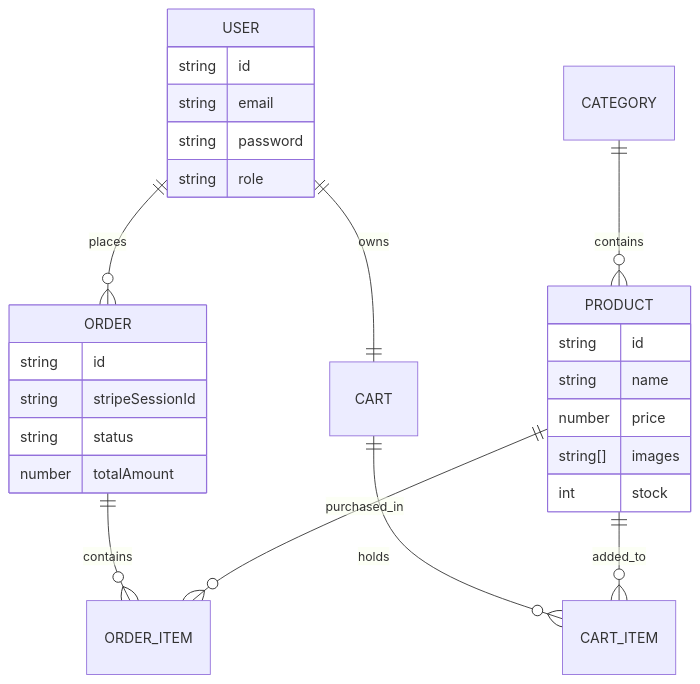
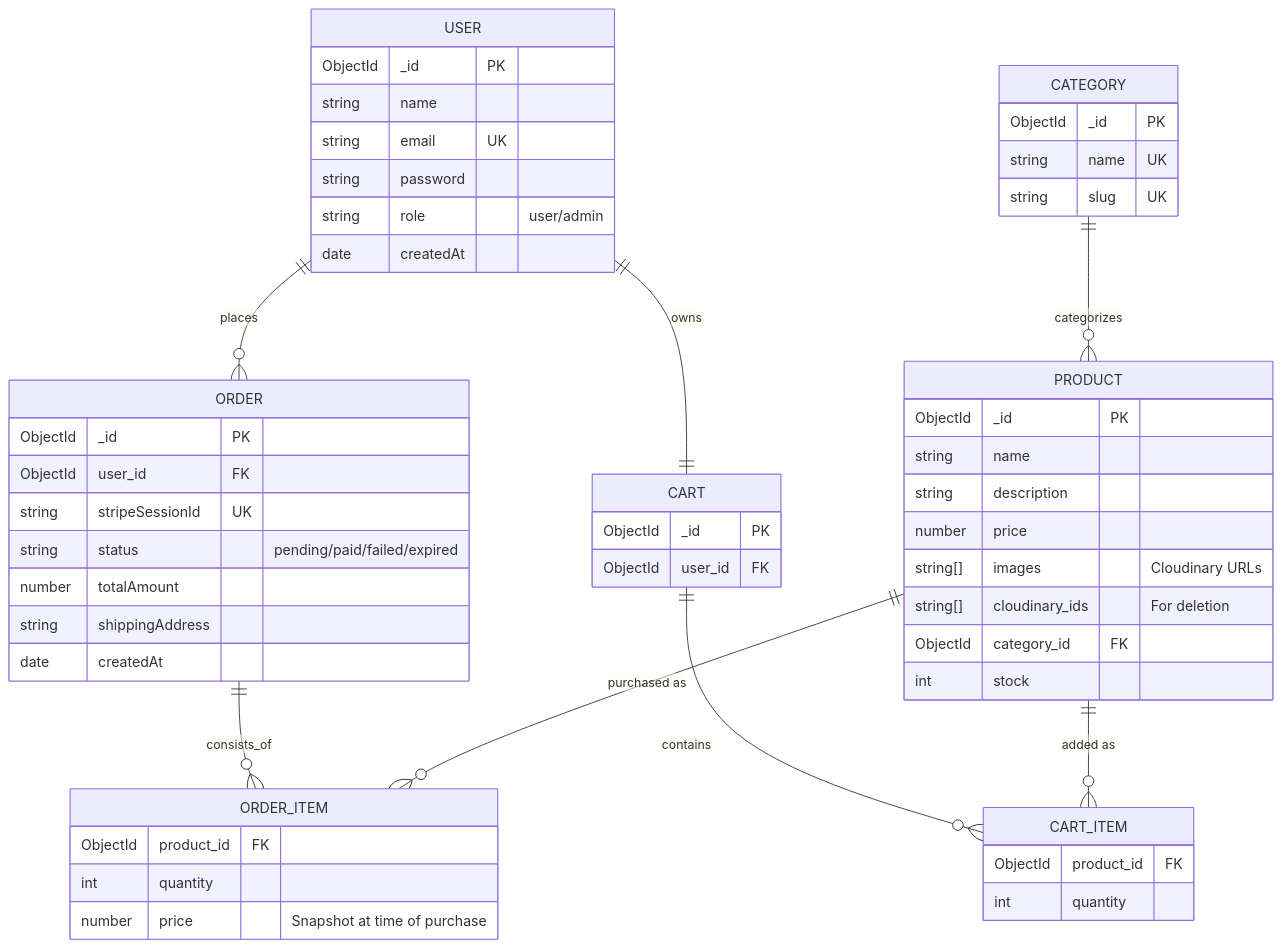
One commit to ghulam-kellton/ghulam-ecommerce-nodejs changed the diagram in README.md. Above: the diagram before and after it, drawn with Mermaid.

Commit message:
Update ER diagram in README

````diff
--- a/README.md
+++ b/README.md
@@ -21,30 +21,62 @@
 ```mermaid
 erDiagram
     USER ||--o{ ORDER : places
     USER ||--|| CART : owns
-    CATEGORY ||--o{ PRODUCT : contains
-    CART ||--o{ CART_ITEM : holds
-    ORDER ||--o{ ORDER_ITEM : contains
-    PRODUCT ||--o{ CART_ITEM : added_to
-    PRODUCT ||--o{ ORDER_ITEM : purchased_in
+    CATEGORY ||--o{ PRODUCT : categorizes
+    CART ||--o{ CART_ITEM : contains
+    ORDER ||--o{ ORDER_ITEM : consists_of
+    PRODUCT ||--o{ CART_ITEM : "added as"
+    PRODUCT ||--o{ ORDER_ITEM : "purchased as"
 
     USER {
-        string id
-        string email
+        ObjectId _id PK
+        string name
+        string email UK
         string password
-        string role
+        string role "user/admin"
+        date createdAt
     }
+
+    CATEGORY {
+        ObjectId _id PK
+        string name UK
+        string slug UK
+    }
+
     PRODUCT {
-        string id
+        ObjectId _id PK
         string name
+        string description
         number price
-        string[] images
+        string[] images "Cloudinary URLs"
+        string[] cloudinary_ids "For deletion"
+        ObjectId category_id FK
         int stock
     }
+
+    CART {
+        ObjectId _id PK
+        ObjectId user_id FK
+    }
+
+    CART_ITEM {
+        ObjectId product_id FK
+        int quantity
+    }
+
     ORDER {
-        string id
-        string stripeSessionId
-        string status
+        ObjectId _id PK
+        ObjectId user_id FK
+        string stripeSessionId UK
+        string status "pending/paid/failed/expired"
         number totalAmount
+        string shippingAddress
+        date createdAt
+    }
+
+    ORDER_ITEM {
+        ObjectId product_id FK
+        int quantity
+        number price "Snapshot at time of purchase"
     }
 ```
````
